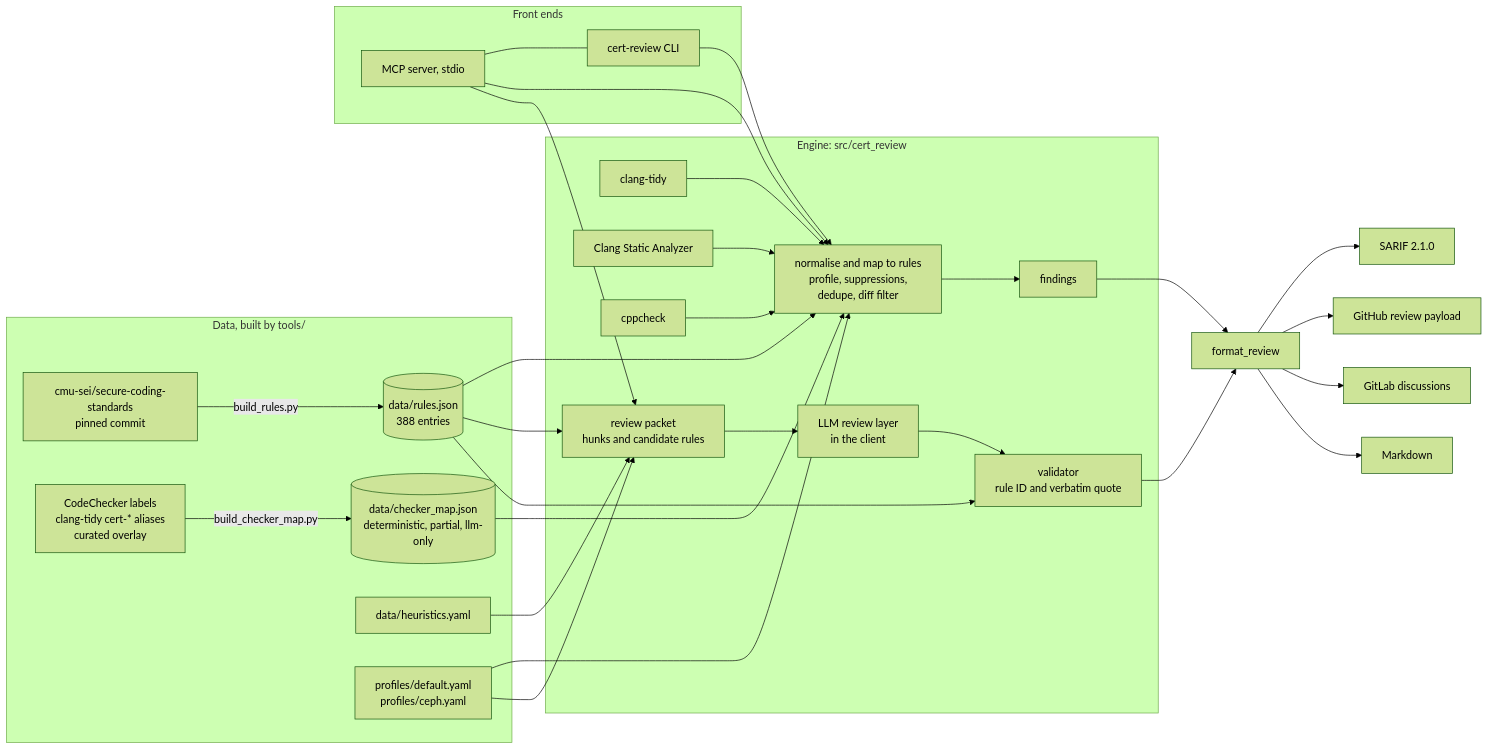
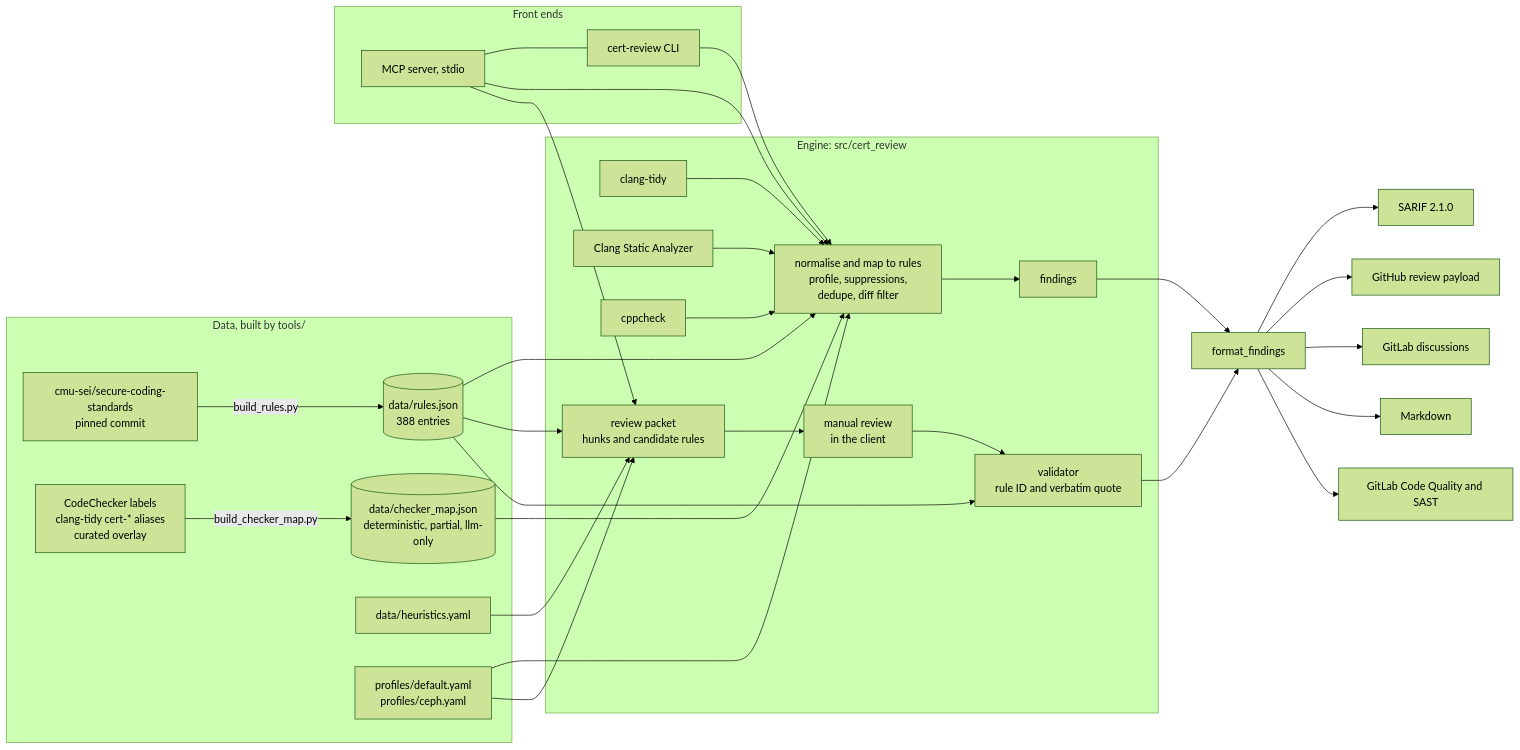
The diagram in README.md (RaminNietzsche/cert-review-mcp), drawn with Mermaid (forest theme) before and after one commit. The commit also changed other lines of this file and 4 other files, not shown here.

````diff
--- a/README.md
+++ b/README.md
@@ -30,36 +30,37 @@
 ```mermaid
 flowchart LR
   subgraph data["Data, built by tools/"]
     A["cmu-sei/secure-coding-standards<br/>pinned commit"] -->|"build_rules.py"| R[("data/rules.json<br/>388 entries")]
     B["CodeChecker labels<br/>clang-tidy cert-* aliases<br/>curated overlay"] -->|"build_checker_map.py"| M[("data/checker_map.json<br/>deterministic, partial, llm-only")]
     H["data/heuristics.yaml"]
     P["profiles/default.yaml<br/>profiles/ceph.yaml"]
   end
   subgraph engine["Engine: src/cert_review"]
     T1["clang-tidy"] --> N
     T2["Clang Static Analyzer"] --> N
     T3["cppcheck"] --> N
     N["normalise and map to rules<br/>profile, suppressions,<br/>dedupe, diff filter"] --> F["findings"]
     R --> N
     M --> N
     P --> N
     R --> K["review packet<br/>hunks and candidate rules"]
     H --> K
     P --> K
-    K --> L["LLM review layer<br/>in the client"]
+    K --> L["manual review<br/>in the client"]
     L --> V["validator<br/>rule ID and verbatim quote"]
     R --> V
   end
-  F --> O["format_review"]
+  F --> O["format_findings"]
   V --> O
   O --> S1["SARIF 2.1.0"]
   O --> S2["GitHub review payload"]
   O --> S3["GitLab discussions"]
   O --> S4["Markdown"]
+  O --> S5["GitLab Code Quality and SAST"]
   subgraph front["Front ends"]
     MCP["MCP server, stdio"] --- CLI["cert-review CLI"]
   end
   MCP --> N
   CLI --> N
   MCP --> K
 ```
````
